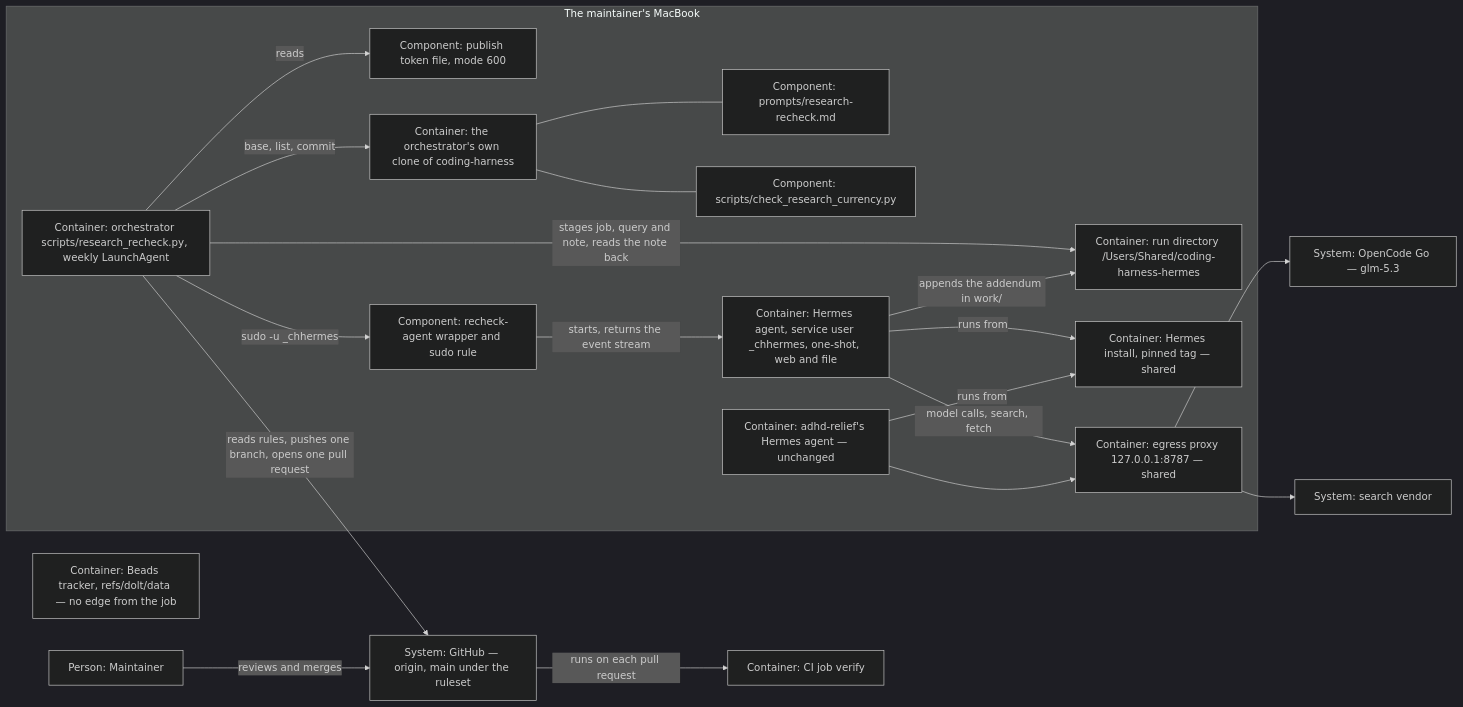
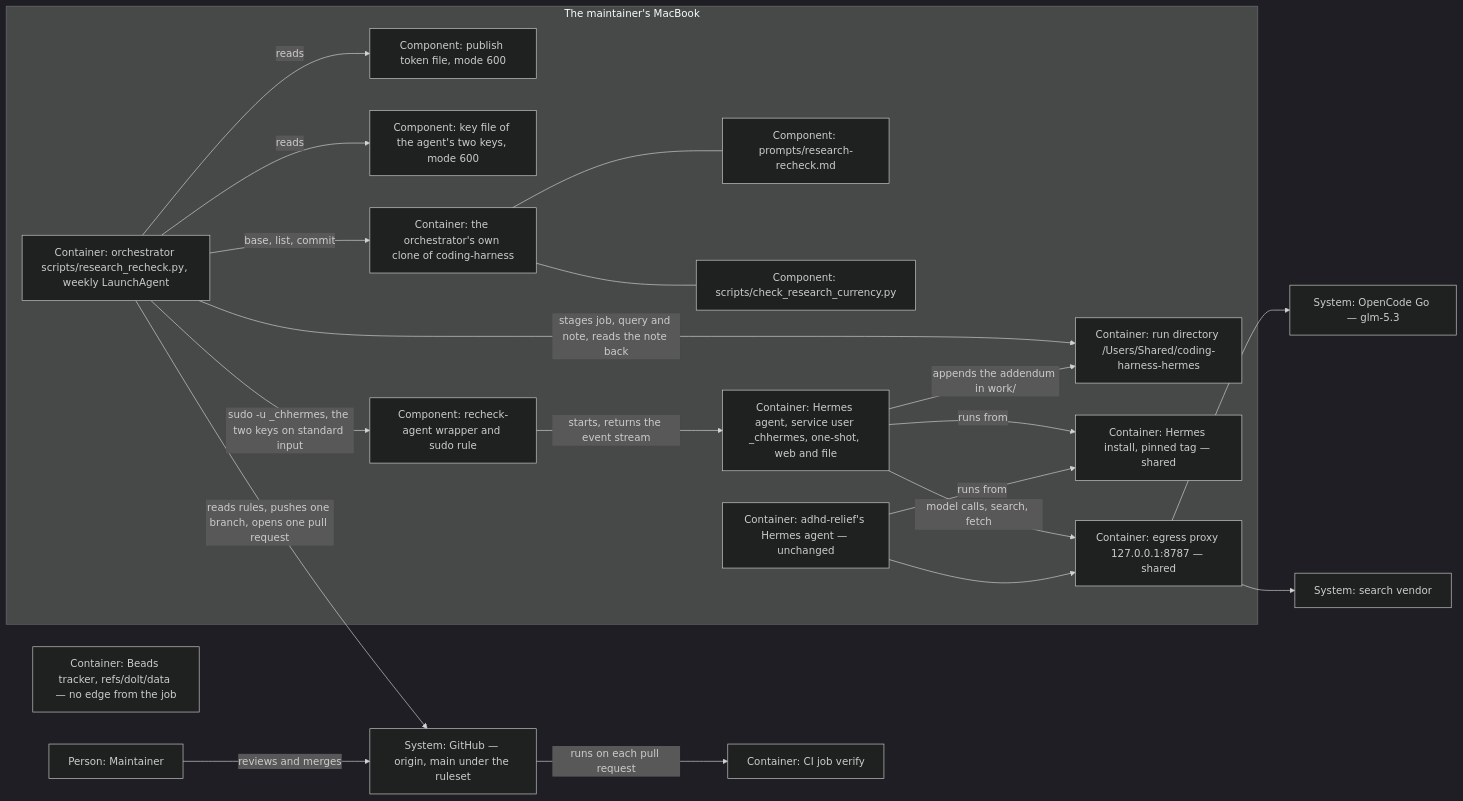
The diagram in plans/changes/hermes-runner/design.md (bicycle-brakes/monotrope), drawn with Mermaid (dark theme) before and after one commit. The commit also changed other lines of this file and 3 other files, not shown here.

````diff
--- a/plans/changes/hermes-runner/design.md
+++ b/plans/changes/hermes-runner/design.md
@@ -369,39 +409,41 @@
 ```mermaid
 flowchart LR
     maint["Person: Maintainer"]
     gh["System: GitHub — origin, main under the ruleset"]
     ci["Container: CI job verify"]
     tracker["Container: Beads tracker, refs/dolt/data — no edge from the job"]
     ocg["System: OpenCode Go — glm-5.3"]
     web["System: search vendor"]
     subgraph laptop["The maintainer's MacBook"]
         orch["Container: orchestrator scripts/research_recheck.py, weekly LaunchAgent"]
         token["Component: publish token file, mode 600"]
+        keys["Component: key file of the agent's two keys, mode 600"]
         clone["Container: the orchestrator's own clone of coding-harness"]
         prompt["Component: prompts/research-recheck.md"]
         list["Component: scripts/check_research_currency.py"]
         rundir["Container: run directory /Users/Shared/coding-harness-hermes"]
         wrapper["Component: recheck-agent wrapper and sudo rule"]
         agent["Container: Hermes agent, service user _chhermes, one-shot, web and file"]
         install["Container: Hermes install, pinned tag — shared"]
         proxy["Container: egress proxy 127.0.0.1:8787 — shared"]
         adhd["Container: adhd-relief's Hermes agent — unchanged"]
     end
     maint -- "reviews and merges" --> gh
     gh -- "runs on each pull request" --> ci
     orch -- "reads" --> token
+    orch -- "reads" --> keys
     orch -- "base, list, commit" --> clone
     clone --- prompt
     clone --- list
     orch -- "stages job, query and note, reads the note back" --> rundir
-    orch -- "sudo -u _chhermes" --> wrapper
+    orch -- "sudo -u _chhermes, the two keys on standard input" --> wrapper
     wrapper -- "starts, returns the event stream" --> agent
     agent -- "appends the addendum in work/" --> rundir
     agent -- "runs from" --> install
     agent -- "model calls, search, fetch" --> proxy
     proxy --> ocg
     proxy --> web
     adhd -- "runs from" --> install
     adhd --> proxy
     orch -- "reads rules, pushes one branch, opens one pull request" --> gh
 ```
````
